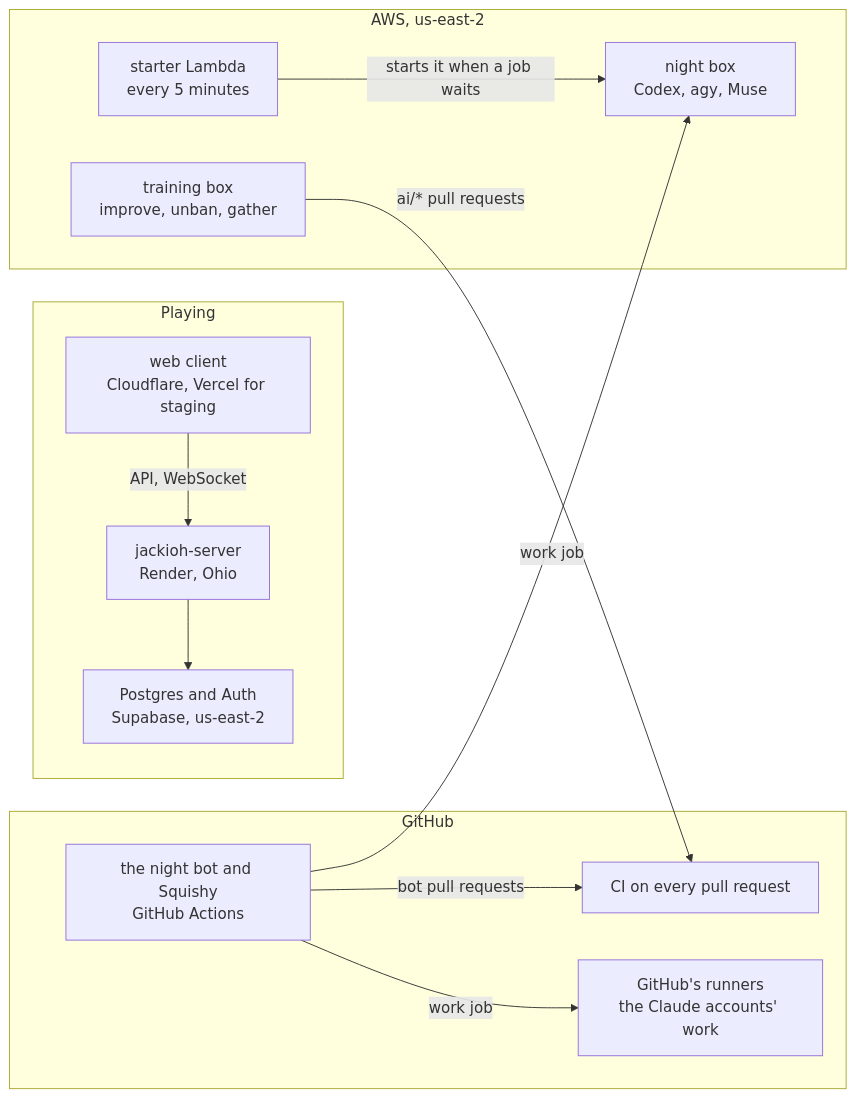
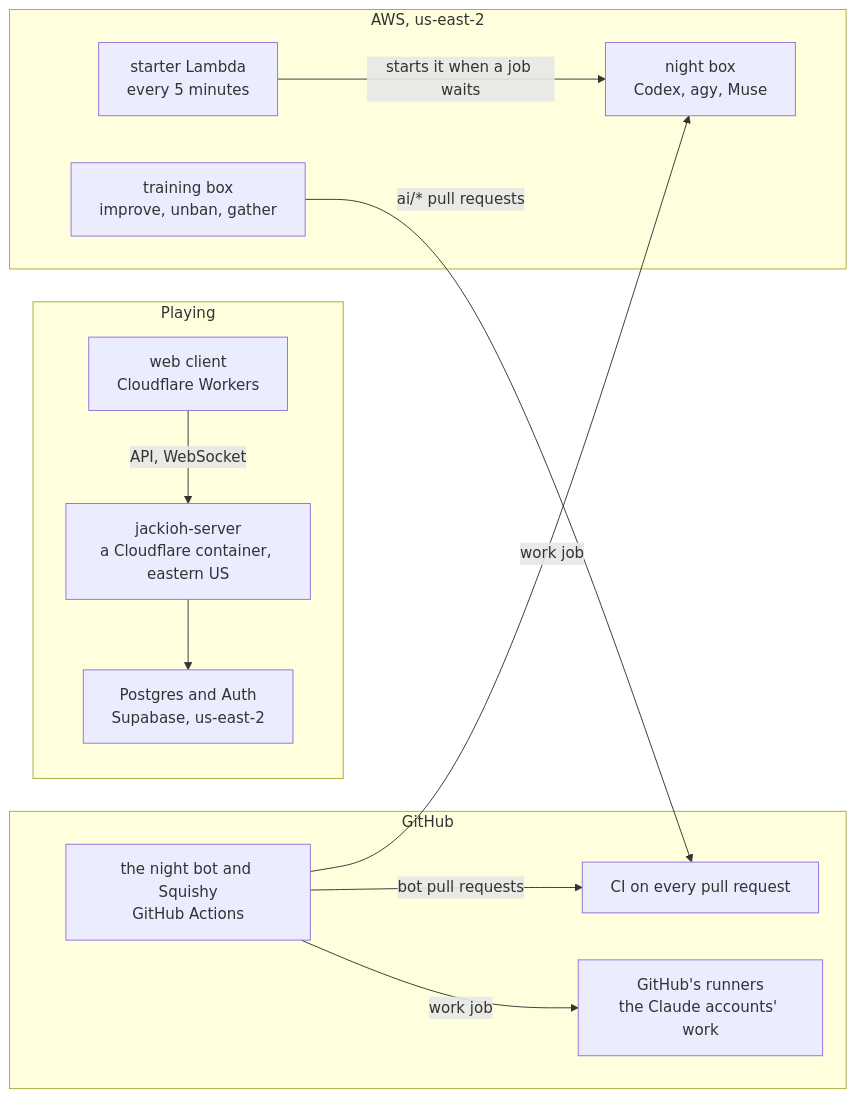
One commit to Jlore-Studios/JackiOh changed the first of 2 diagrams in README.md. Above: the diagram before and after it, drawn with Mermaid. The commit also changed other lines of this file and 125 other files, not shown here.

First line of the commit message:
Patch: production and staging on Cloudflare, each with its own Supabase project (#2758)

````diff
--- a/README.md
+++ b/README.md
@@ -53,25 +53,25 @@
 ```mermaid
 flowchart LR
   subgraph play["Playing"]
-    W["web client<br/>Cloudflare, Vercel for staging"]
-    SV["jackioh-server<br/>Render, Ohio"]
+    W["web client<br/>Cloudflare Workers"]
+    SV["jackioh-server<br/>a Cloudflare container, eastern US"]
     DB["Postgres and Auth<br/>Supabase, us-east-2"]
     W -- "API, WebSocket" --> SV
     SV --> DB
   end
   subgraph gh["GitHub"]
     CI["CI on every pull request"]
     NB["the night bot and Squishy<br/>GitHub Actions"]
     HR["GitHub's runners<br/>the Claude accounts' work"]
     NB -- "work job" --> HR
   end
   subgraph aws["AWS, us-east-2"]
     NV["night box<br/>Codex, agy, Muse"]
     TB["training box<br/>improve, unban, gather"]
     ST["starter Lambda<br/>every 5 minutes"]
     ST -- "starts it when a job waits" --> NV
   end
   NB -- "work job" --> NV
   TB -- "ai/* pull requests" --> CI
   NB -- "bot pull requests" --> CI
 ```
````
